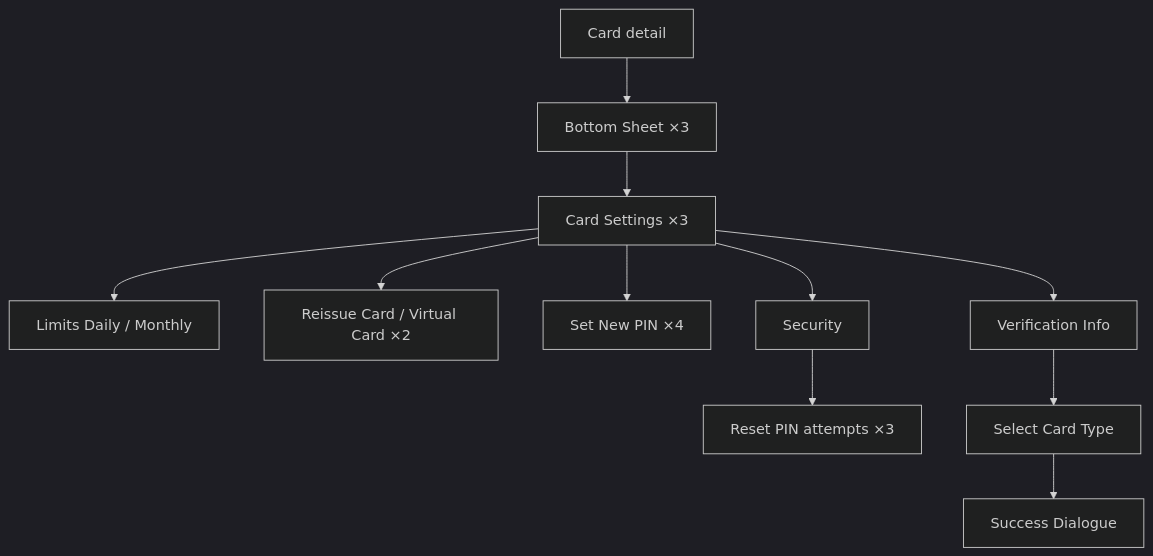
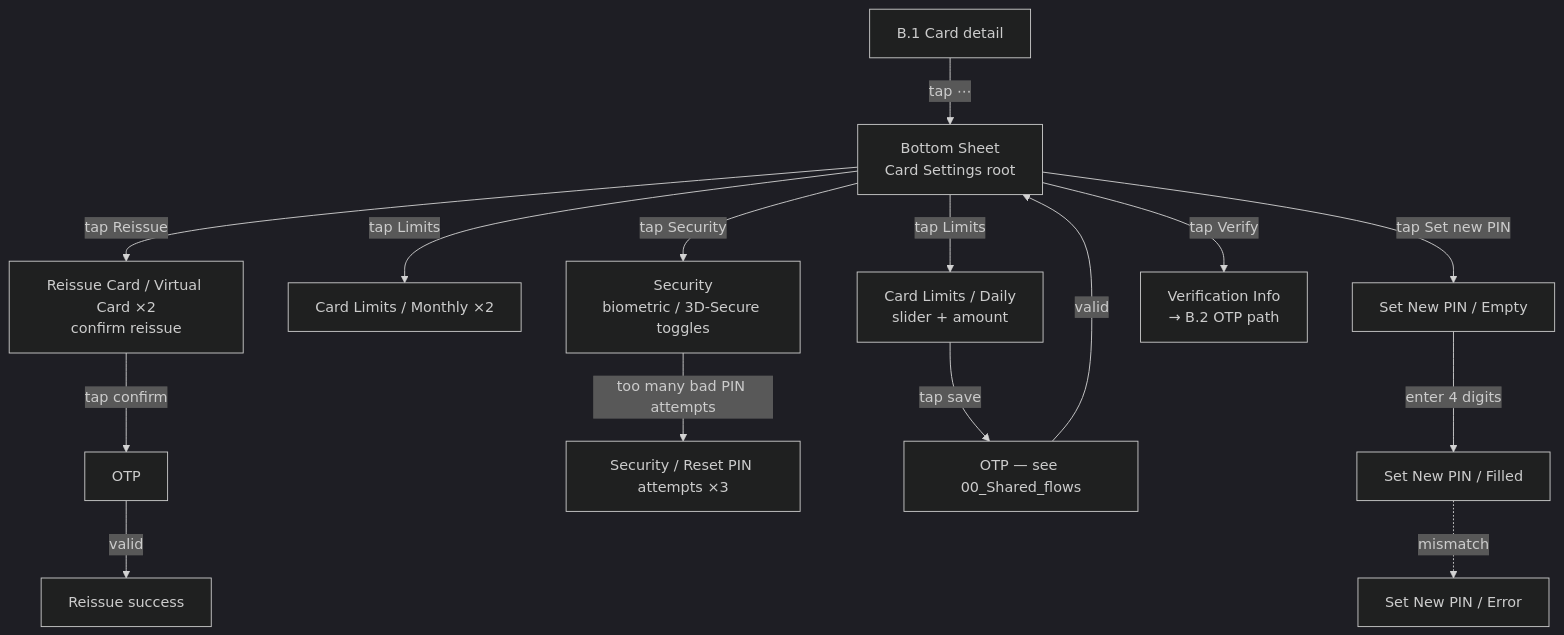
One commit to SardorAllaberganov/UI-Projects changed the third of 4 diagrams in Unired/User_flows/02_Cards.md. Above: the diagram before and after it, drawn with Mermaid (dark theme). The commit also changed other lines of this file and 10 other files, not shown here.

First line of the commit message:
Expand Unired user-flow docs with detailed steps

````diff
--- a/Unired/User_flows/02_Cards.md
+++ b/Unired/User_flows/02_Cards.md
@@ -81,13 +111,17 @@
 ```mermaid
 flowchart TB
-    Card[Card detail] --> BS[Bottom Sheet ×3]
-    BS --> Settings[Card Settings ×3]
-    Settings --> Limits[Limits Daily / Monthly]
-    Settings --> Reissue[Reissue Card / Virtual Card ×2]
-    Settings --> Pin[Set New PIN ×4]
-    Settings --> Sec[Security]
-    Sec --> SecReset[Reset PIN attempts ×3]
-    Settings --> Verify[Verification Info]
-    Verify --> Type[Select Card Type]
-    Type --> Success[Success Dialogue]
+    Card[B.1 Card detail] -->|tap ⋯| BS[Bottom Sheet<br/>Card Settings root]
+    BS -->|tap Limits| LD[Card Limits / Daily<br/>slider + amount]
+    BS -->|tap Limits| LM[Card Limits / Monthly ×2]
+    BS -->|tap Reissue| RI[Reissue Card / Virtual Card ×2<br/>confirm reissue]
+    BS -->|tap Set new PIN| PIN0[Set New PIN / Empty]
+    PIN0 -->|enter 4 digits| PIN1[Set New PIN / Filled]
+    PIN1 -.mismatch.-> PINE[Set New PIN / Error]
+    BS -->|tap Security| SEC[Security<br/>biometric / 3D-Secure toggles]
+    SEC -->|too many bad PIN attempts| RESET[Security / Reset PIN attempts ×3]
+    BS -->|tap Verify| Verify[Verification Info<br/>→ B.2 OTP path]
+    LD -->|tap save| OTP1[OTP — see 00_Shared_flows]
+    OTP1 -->|valid| BS
+    RI -->|tap confirm| OTP2[OTP]
+    OTP2 -->|valid| BSReissue[Reissue success]
 ```
````
